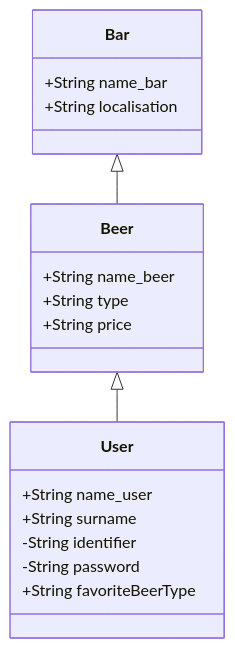
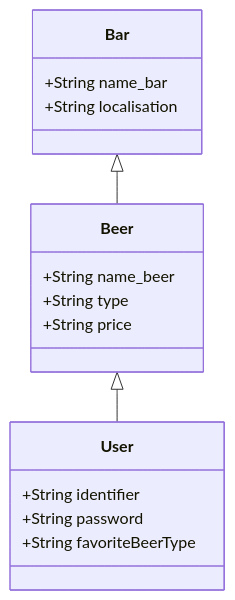
The diagram in README.md (DonMako/beer), drawn with Mermaid before and after one commit. The commit also changed 15 other files, not shown here.

````diff
--- a/README.md
+++ b/README.md
@@ -14,21 +14,19 @@
 ```mermaid
 classDiagram
     Beer <|-- User
     Bar <|-- Beer
     class User{
-      +String name_user
-      +String surname
-      -String identifier
-      -String password
+      +String identifier
+      +String password
       +String favoriteBeerType
     }
     class Beer{
       +String name_beer
       +String type
       +String price
     }
     class Bar{
       +String name_bar
       +String localisation
     }
 ```
````
